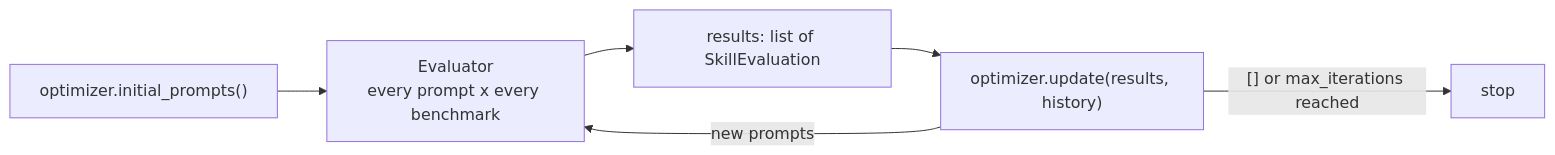
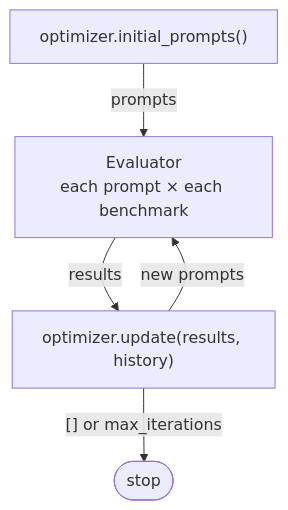
One commit to qkrwhdah03/skill-optimization changed the diagram in README.md. Above: the diagram before and after it, drawn with Mermaid.

Commit message:
README: make the loop figure vertical and compact

````diff
--- a/README.md
+++ b/README.md
@@ -8,8 +8,7 @@
 ```mermaid
-flowchart LR
-    I["optimizer.initial_prompts()"] --> E[Evaluator<br/>every prompt x every benchmark]
-    E --> R["results: list of SkillEvaluation"]
-    R --> U["optimizer.update(results, history)"]
+flowchart TD
+    I["optimizer.initial_prompts()"] -->|prompts| E["Evaluator<br/>each prompt × each benchmark"]
+    E -->|results| U["optimizer.update(results, history)"]
     U -->|new prompts| E
-    U -->|"[] or max_iterations reached"| S[stop]
+    U -->|"[] or max_iterations"| S([stop])
 ```
````
